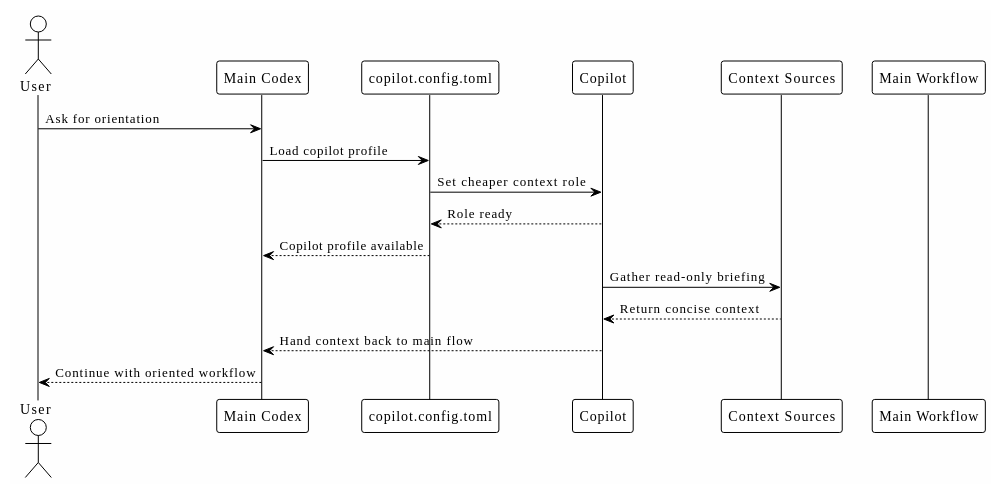
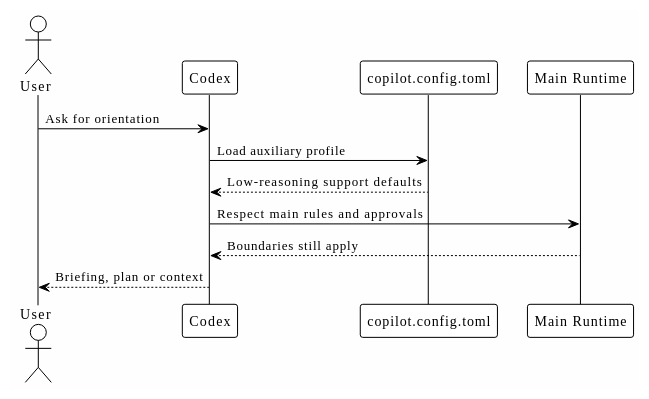
The diagram in docs/06-copilot-config.md (ivanhoinacki/codex-workflow-workbook), drawn with PlantUML before and after one commit. The commit also changed other lines of this file and 39 other files, not shown here.

````diff
--- a/docs/06-copilot-config.md
+++ b/docs/06-copilot-config.md
@@ -28,23 +28,18 @@
 ```plantuml
 @startuml
 !theme plain
 skinparam backgroundColor #FEFEFE
 
 actor User
-participant "Main Codex" as Main
+participant Codex
 participant "copilot.config.toml" as Config
-participant Copilot
-participant "Context Sources" as Context
-participant "Main Workflow" as Workflow
+participant "Main Runtime" as Runtime
 
-User -> Main: Ask for orientation
-Main -> Config: Load copilot profile
-Config -> Copilot: Set cheaper context role
-Copilot --> Config: Role ready
-Config --> Main: Copilot profile available
-Copilot -> Context: Gather read-only briefing
-Context --> Copilot: Return concise context
-Copilot --> Main: Hand context back to main flow
-Main --> User: Continue with oriented workflow
+User -> Codex: Ask for orientation
+Codex -> Config: Load auxiliary profile
+Config --> Codex: Low-reasoning support defaults
+Codex -> Runtime: Respect main rules and approvals
+Runtime --> Codex: Boundaries still apply
+Codex --> User: Briefing, plan or context
 @enduml
 ```
````
